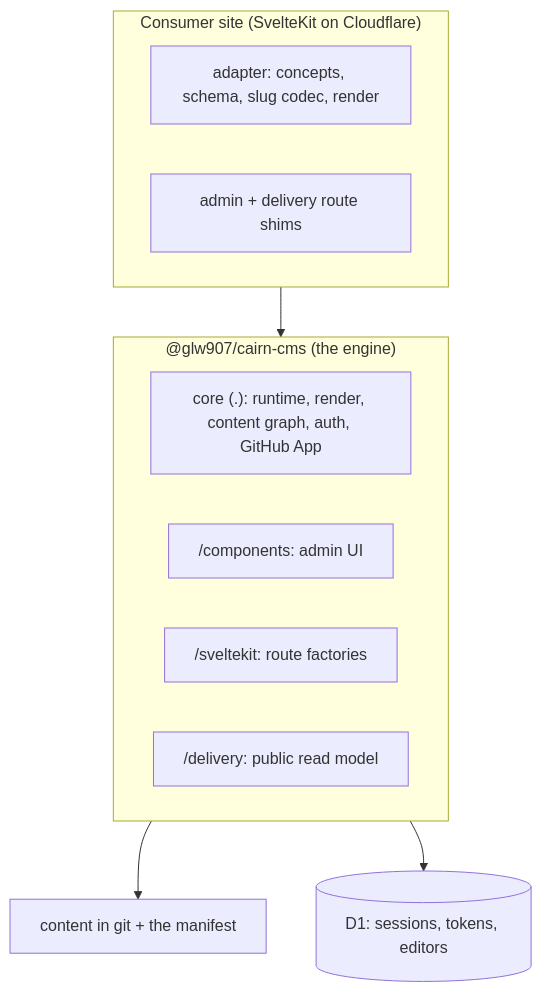
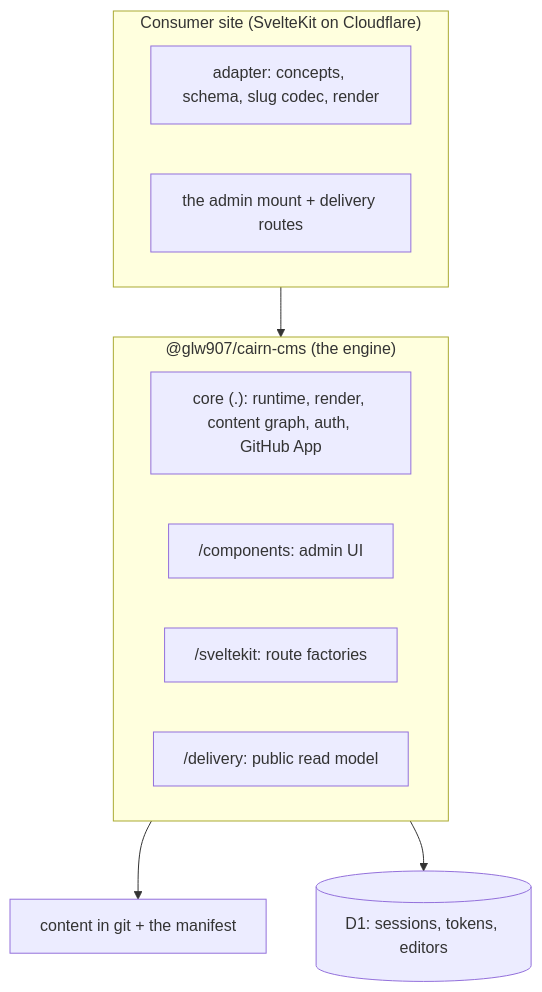
The first of 2 diagrams in docs/explanation/architecture.md (glw907/cairn-cms), drawn with Mermaid before and after one commit. The commit also changed other lines of this file and 9 other files, not shown here.

First line of the commit message:
Rewrite the reference and guides around the single-mount admin

````diff
--- a/docs/explanation/architecture.md
+++ b/docs/explanation/architecture.md
@@ -16,18 +16,18 @@
 ```mermaid
 flowchart TB
   subgraph site["Consumer site (SvelteKit on Cloudflare)"]
     adapter["adapter: concepts, schema, slug codec, render"]
-    shims["admin + delivery route shims"]
+    mount["the admin mount + delivery routes"]
   end
   subgraph engine["@glw907/cairn-cms (the engine)"]
     core["core (.): runtime, render, content graph, auth, GitHub App"]
     components["/components: admin UI"]
     sk["/sveltekit: route factories"]
     delivery["/delivery: public read model"]
   end
   store["content in git + the manifest"]
   d1[("D1: sessions, tokens, editors")]
   site --> engine
   engine --> store
   engine --> d1
 ```
````
